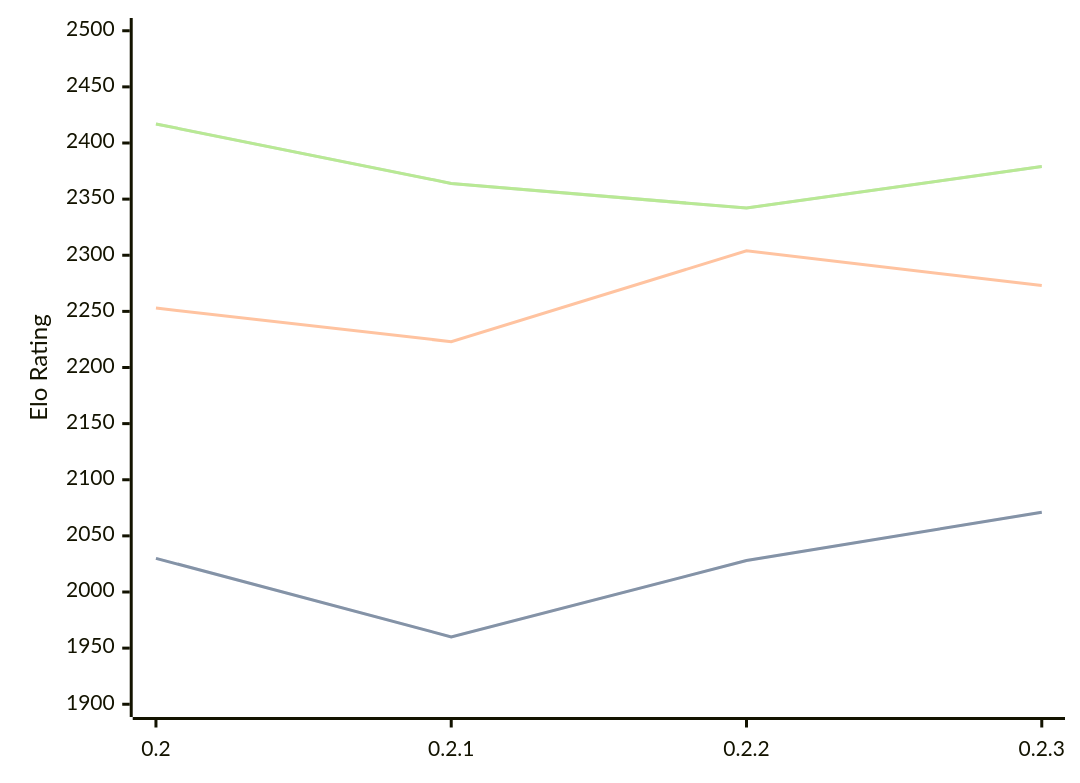
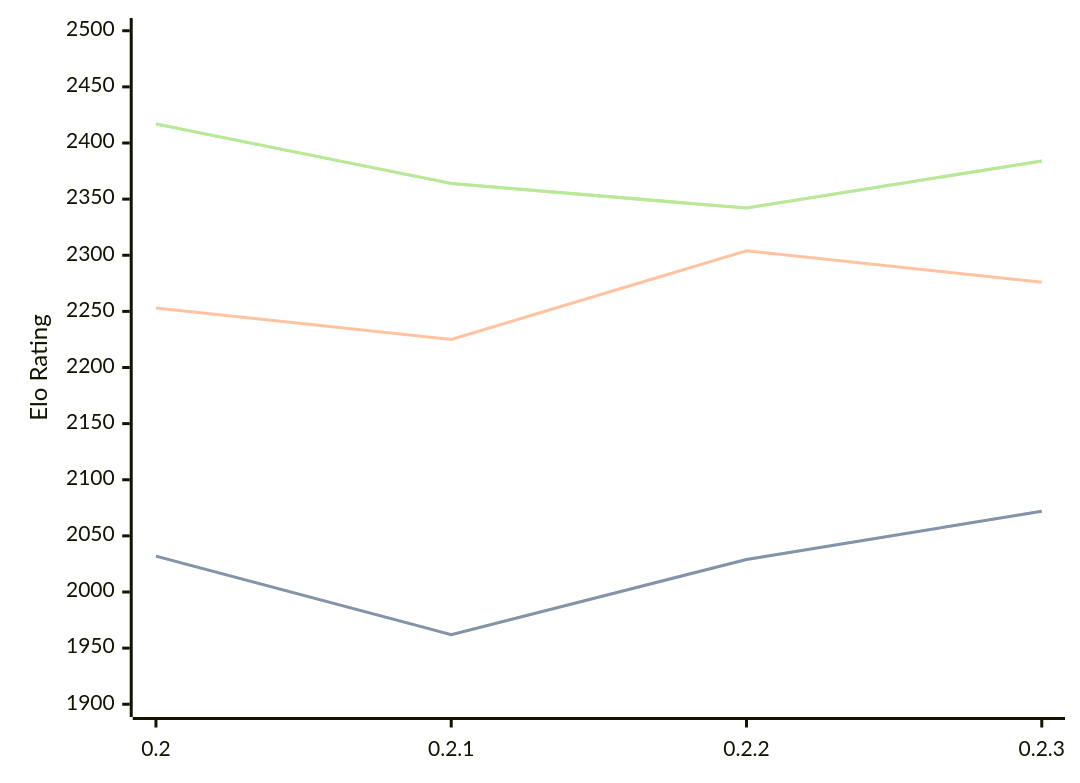
One commit to computer-chess-index/cci changed the diagram in engines/Lolbot.md. Above: the diagram before and after it, drawn with Mermaid. The commit also changed other lines of this file, not shown here.

Commit message:
Update CCI Ratings (ELO VLTC) - 2026-03-14

````diff
--- a/engines/Lolbot.md
+++ b/engines/Lolbot.md
@@ -33,11 +33,11 @@
 ```mermaid
 %%{init: {"theme":"base","themeVariables":{"seriesColors:['#a3a3a3','#222221','#faa371']}}}%%
 xychart-beta
   x-axis ["0.2", "0.2.1", "0.2.2", "0.2.3"]
   y-axis "Elo Rating" 1900 --> 2500
-  line "STC (8.0+0.08s)" [2030, 1960, 2028, 2071]
-  line "STC (8.0+0.08s)" [2030, 1960, 2028, 2071]
-  line "LTC (60.0+0.60s)" [2253, 2223, 2304, 2273]
-  line "VLTC (2m24s+1.12s)" [2417, 2364, 2342, 2379]
-  line "VLTC (2m24s+1.12s)" [2417, 2364, 2342, 2379]
+  line "STC (8.0+0.08s)" [2032, 1962, 2029, 2072]
+  line "STC (8.0+0.08s)" [2032, 1962, 2029, 2072]
+  line "LTC (60.0+0.60s)" [2253, 2225, 2304, 2276]
+  line "VLTC (2m24s+1.12s)" [2417, 2364, 2342, 2384]
+  line "VLTC (2m24s+1.12s)" [2417, 2364, 2342, 2384]
 ```
````
